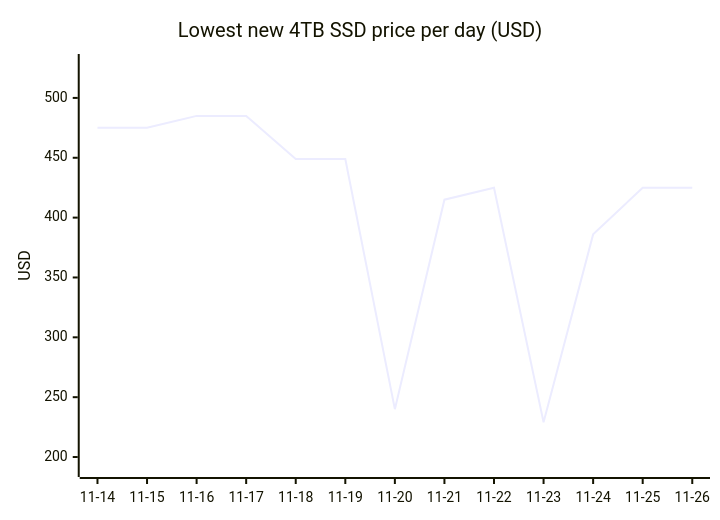
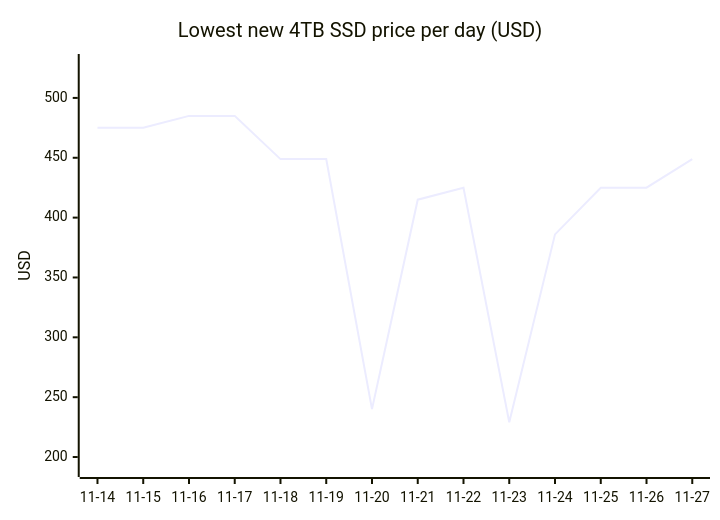
The first of 18 diagrams in README.md (7324136828/4tb_ssd_price_watch), drawn with Mermaid before and after one commit. The commit also changed other lines of this file, not shown here.

````diff
--- a/README.md
+++ b/README.md
@@ -81,7 +81,7 @@
 ```mermaid
 xychart-beta
     title "Lowest new 4TB SSD price per day (USD)"
-    x-axis ["11-14", "11-15", "11-16", "11-17", "11-18", "11-19", "11-20", "11-21", "11-22", "11-23", "11-24", "11-25", "11-26"]
+    x-axis ["11-14", "11-15", "11-16", "11-17", "11-18", "11-19", "11-20", "11-21", "11-22", "11-23", "11-24", "11-25", "11-26", "11-27"]
     y-axis "USD" 190 --> 530
-    line [474.97, 475.00, 484.99, 484.99, 448.88, 448.88, 239.99, 415.00, 425.00, 229.00, 385.99, 425.00, 425.00]
+    line [474.97, 475.00, 484.99, 484.99, 448.88, 448.88, 239.99, 415.00, 425.00, 229.00, 385.99, 425.00, 425.00, 448.88]
 ```
````
